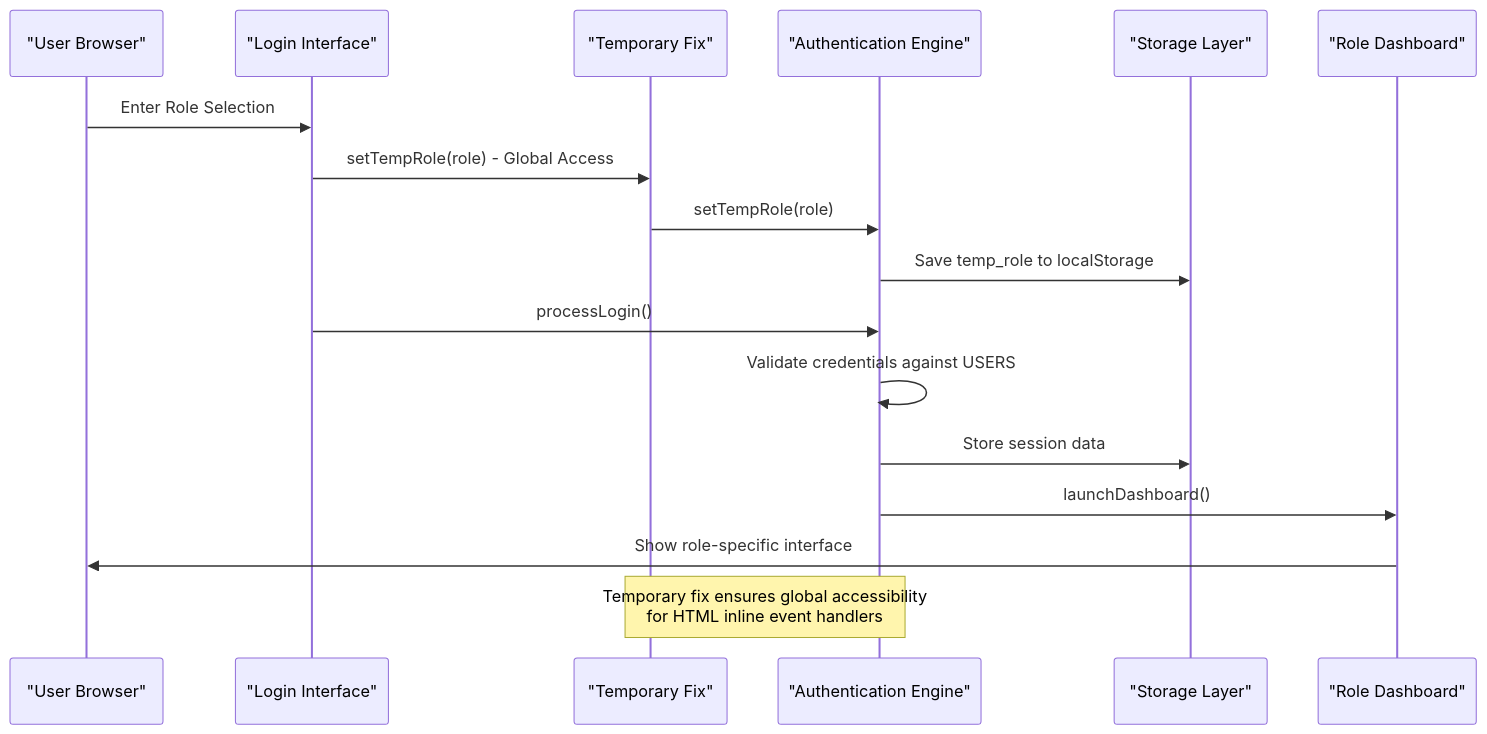
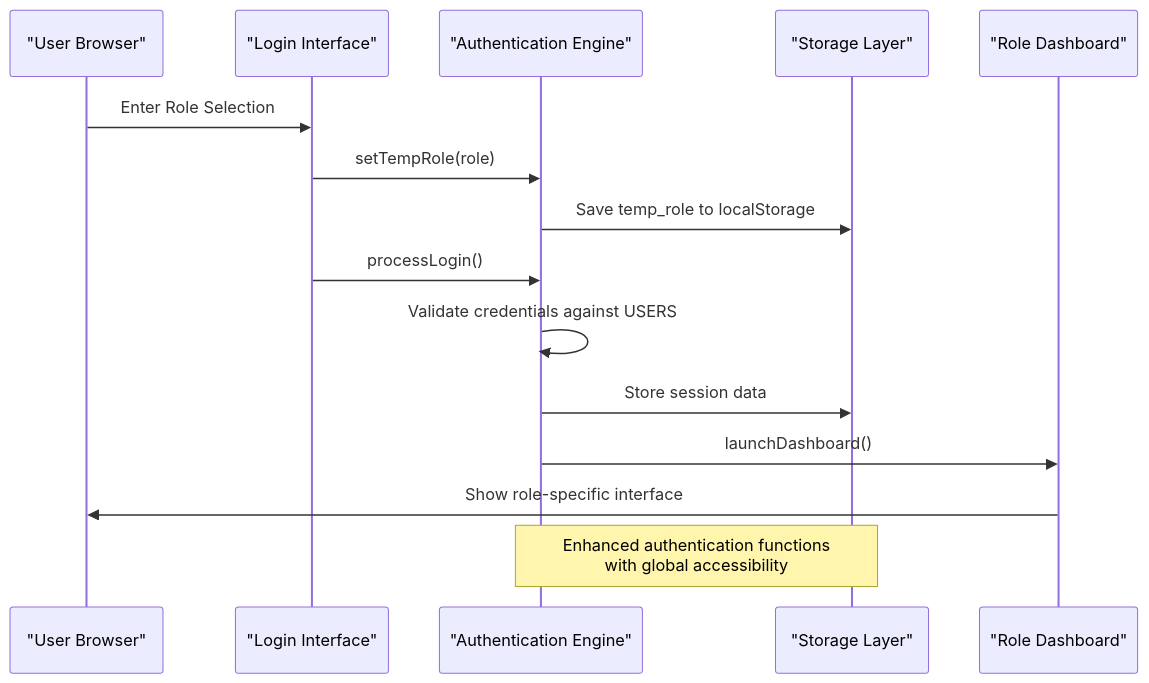
Before and after one commit to Rehanpatel3858/BusTrack-Pro: the fourth of 11 diagrams in .qoder/repowiki/en/content/Authentication System.md, drawn with Mermaid. The commit also changed other lines of this file and 3 other files, not shown here.

````diff
--- a/.qoder/repowiki/en/content/Authentication System.md
+++ b/.qoder/repowiki/en/content/Authentication System.md
@@ -162,19 +160,17 @@
 ```mermaid
 sequenceDiagram
 participant User as "User Browser"
 participant Login as "Login Interface"
-participant Fix as "Temporary Fix"
 participant Auth as "Authentication Engine"
 participant Storage as "Storage Layer"
 participant Dashboard as "Role Dashboard"
 User->>Login : Enter Role Selection
-Login->>Fix : setTempRole(role) - Global Access
-Fix->>Auth : setTempRole(role)
+Login->>Auth : setTempRole(role)
 Auth->>Storage : Save temp_role to localStorage
 Login->>Auth : processLogin()
 Auth->>Auth : Validate credentials against USERS
 Auth->>Storage : Store session data
 Auth->>Dashboard : launchDashboard()
 Dashboard->>User : Show role-specific interface
-Note over Fix,Auth : Temporary fix ensures global accessibility<br/>for HTML inline event handlers
+Note over Auth,Storage : Enhanced authentication functions<br/>with global accessibility
 ```
````
